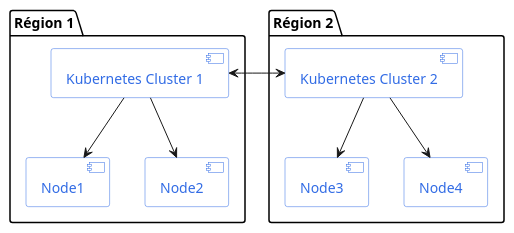
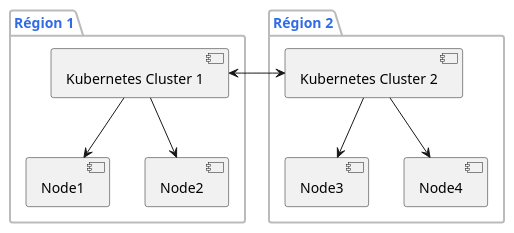
Before and after one commit to sylvainmetayer/talk-k8s-2-az: the diagram in diagrams/099-multi-cluster.puml, drawn with PlantUML. The commit also changed 6 other files, not shown here.

Commit message:
Graphes uniformes + fix netpart etcd

```diff
--- a/diagrams/099-multi-cluster.puml
+++ b/diagrams/099-multi-cluster.puml
@@ -1,27 +1,36 @@
 @startuml
 
-skinparam component {
-    BackgroundColor white
-    BorderColor #326ce5
+skinparam package {
+    BackgroundColor #fff
+    BorderColor #bbb
+    BorderThickness 2
     FontColor #326ce5
+    TitleFontColor #326ce5
+}
+
+skinparam node {
+    BackgroundColor #326ce5
+    BorderColor white
+    BorderThickness 4
+    FontColor white
 }
 
 package "Région 1" {
     [Kubernetes Cluster 1] as k8s1
     [Node1] as n1
     [Node2] as n2
     k8s1 -down-> n1
     k8s1 -down-> n2
 }
 
 package "Région 2" {
 [Kubernetes Cluster 2] as k8s2
     [Node3] as n3
     [Node4] as n4
     k8s2 -down-> n3
     k8s2 -down-> n4
 }
 
 k8s1 <-> k8s2
 
 @enduml
```
